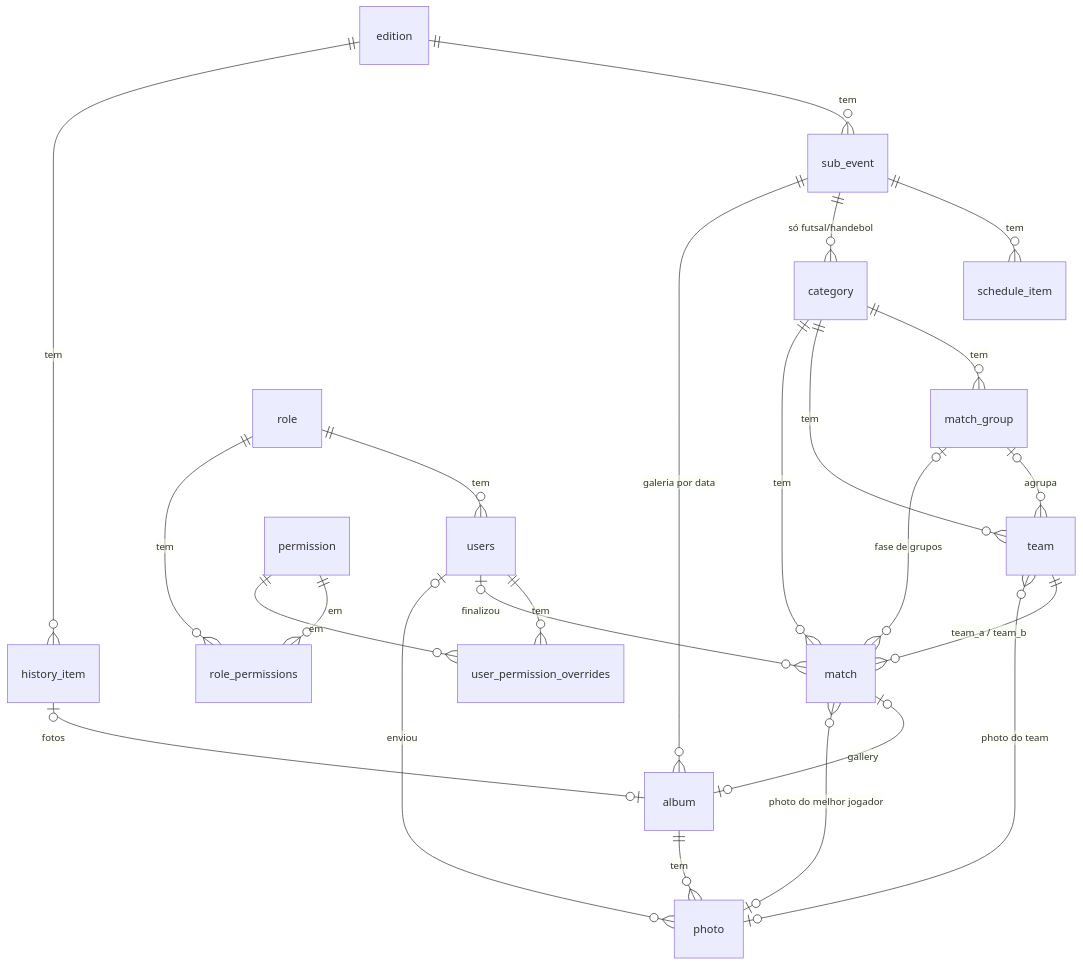
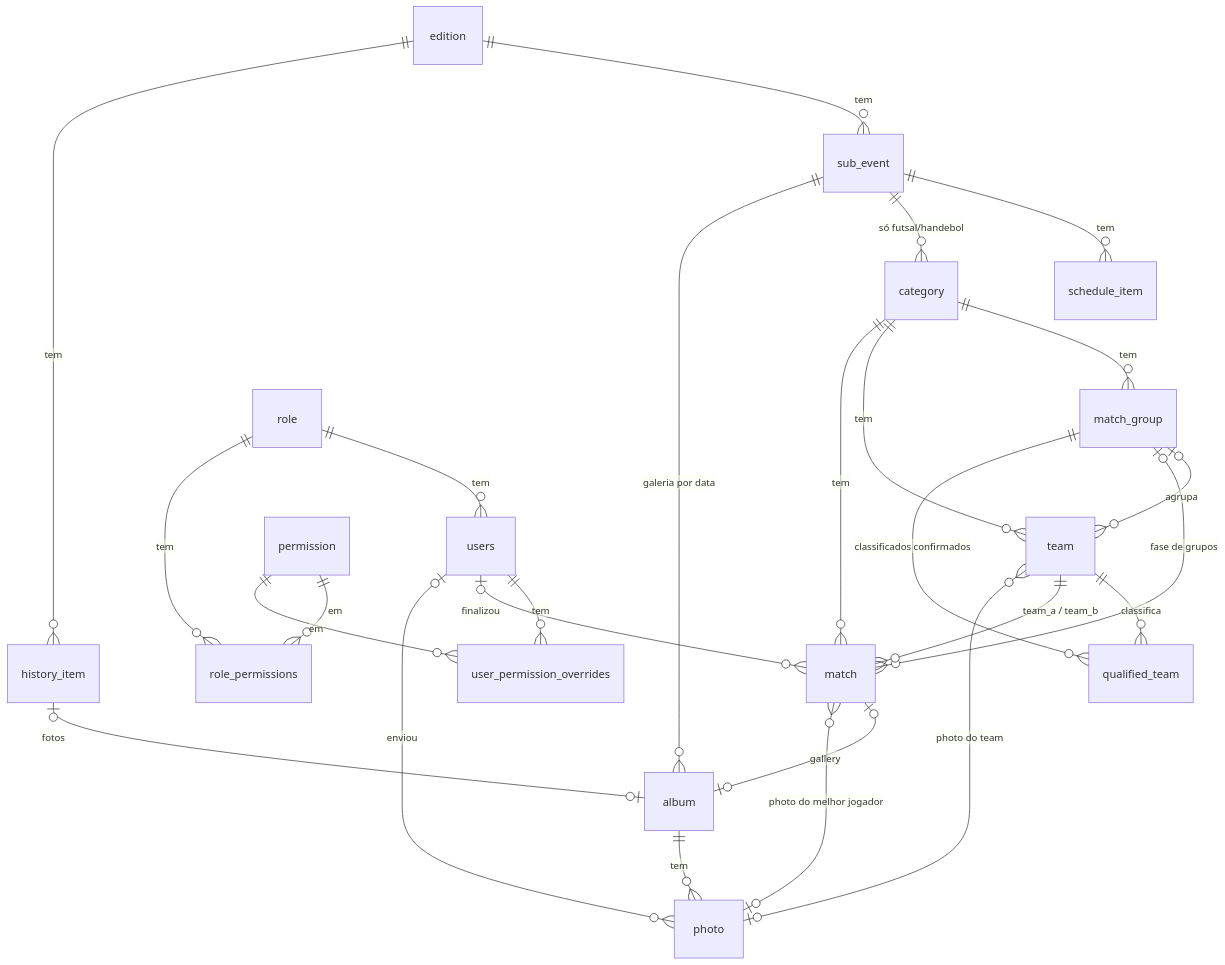
Before and after one commit to devLuanPaiva/festividade-vicosa: the diagram in core/07-modelo-dados.md, drawn with Mermaid. The commit also changed other lines of this file and 3 other files, not shown here.

````diff
--- a/core/07-modelo-dados.md
+++ b/core/07-modelo-dados.md
@@ -17,26 +17,28 @@
 ```mermaid
 erDiagram
   edition ||--o{ sub_event : tem
   edition ||--o{ history_item : tem
   sub_event ||--o{ schedule_item : tem
   sub_event ||--o{ category : "só futsal/handebol"
   sub_event ||--o{ album : "galeria por data"
   category ||--o{ match_group : tem
   category ||--o{ team : tem
   category ||--o{ match : tem
   match_group |o--o{ team : agrupa
   match_group |o--o{ match : "fase de grupos"
+  match_group ||--o{ qualified_team : "classificados confirmados"
+  team ||--o{ qualified_team : classifica
   team ||--o{ match : "team_a / team_b"
   match |o--o| album : gallery
   history_item |o--o| album : fotos
   album ||--o{ photo : tem
   photo |o--o{ team : "photo do team"
   photo |o--o{ match : "photo do melhor jogador"
   role ||--o{ users : tem
   role ||--o{ role_permissions : tem
   permission ||--o{ role_permissions : em
   users ||--o{ user_permission_overrides : tem
   permission ||--o{ user_permission_overrides : em
   users |o--o{ match : finalizou
   users |o--o{ photo : enviou
 ```
````
